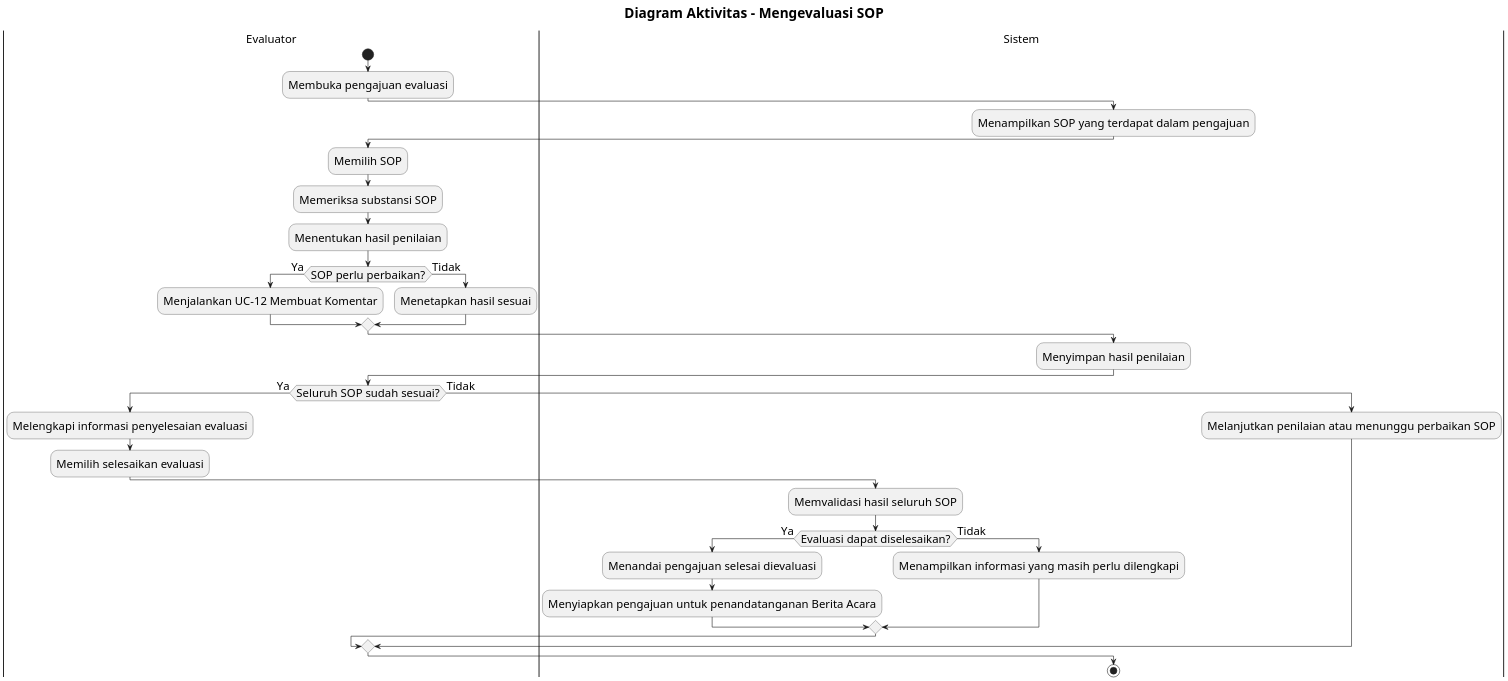
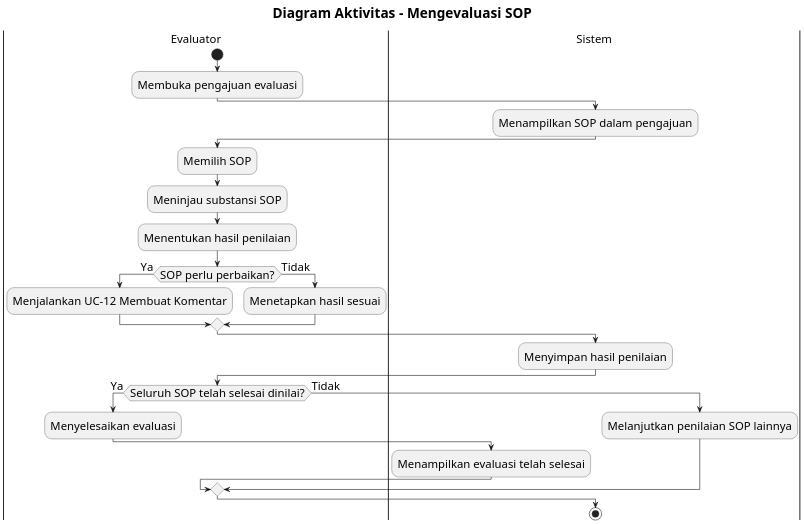
One commit to howlil/sop-generate-app changed the diagram in docs/activity-diagram/evaluator-mengevaluasi-sop.md. Above: the diagram before and after it, drawn with PlantUML. The commit also changed other lines of this file and 20 other files, not shown here.

Commit message:
docs(activity): simplify flows to business-level design

````diff
--- a/docs/activity-diagram/evaluator-mengevaluasi-sop.md
+++ b/docs/activity-diagram/evaluator-mengevaluasi-sop.md
@@ -16,50 +16,43 @@
 ```plantuml
 @startuml
 skinparam defaultFontSize 20
 skinparam titleFontSize 24
 skinparam dpi 160
 
 title Diagram Aktivitas - Mengevaluasi SOP
 
 |Evaluator|
 start
 :Membuka pengajuan evaluasi;
 
 |Sistem|
-:Menampilkan SOP yang terdapat dalam pengajuan;
+:Menampilkan SOP dalam pengajuan;
 
 |Evaluator|
 :Memilih SOP;
-:Memeriksa substansi SOP;
+:Meninjau substansi SOP;
 :Menentukan hasil penilaian;
 
 if (SOP perlu perbaikan?) then (Ya)
   :Menjalankan UC-12 Membuat Komentar;
 else (Tidak)
   :Menetapkan hasil sesuai;
 endif
 
 |Sistem|
 :Menyimpan hasil penilaian;
 
 |Evaluator|
-if (Seluruh SOP sudah sesuai?) then (Ya)
-  :Melengkapi informasi penyelesaian evaluasi;
-  :Memilih selesaikan evaluasi;
+if (Seluruh SOP telah selesai dinilai?) then (Ya)
+  :Menyelesaikan evaluasi;
 
   |Sistem|
-  :Memvalidasi hasil seluruh SOP;
-  if (Evaluasi dapat diselesaikan?) then (Ya)
-    :Menandai pengajuan selesai dievaluasi;
-    :Menyiapkan pengajuan untuk penandatanganan Berita Acara;
-  else (Tidak)
-    :Menampilkan informasi yang masih perlu dilengkapi;
-  endif
+  :Menampilkan evaluasi telah selesai;
 else (Tidak)
-  :Melanjutkan penilaian atau menunggu perbaikan SOP;
+  :Melanjutkan penilaian SOP lainnya;
 endif
 
 stop
 
 @enduml
 ```
````
